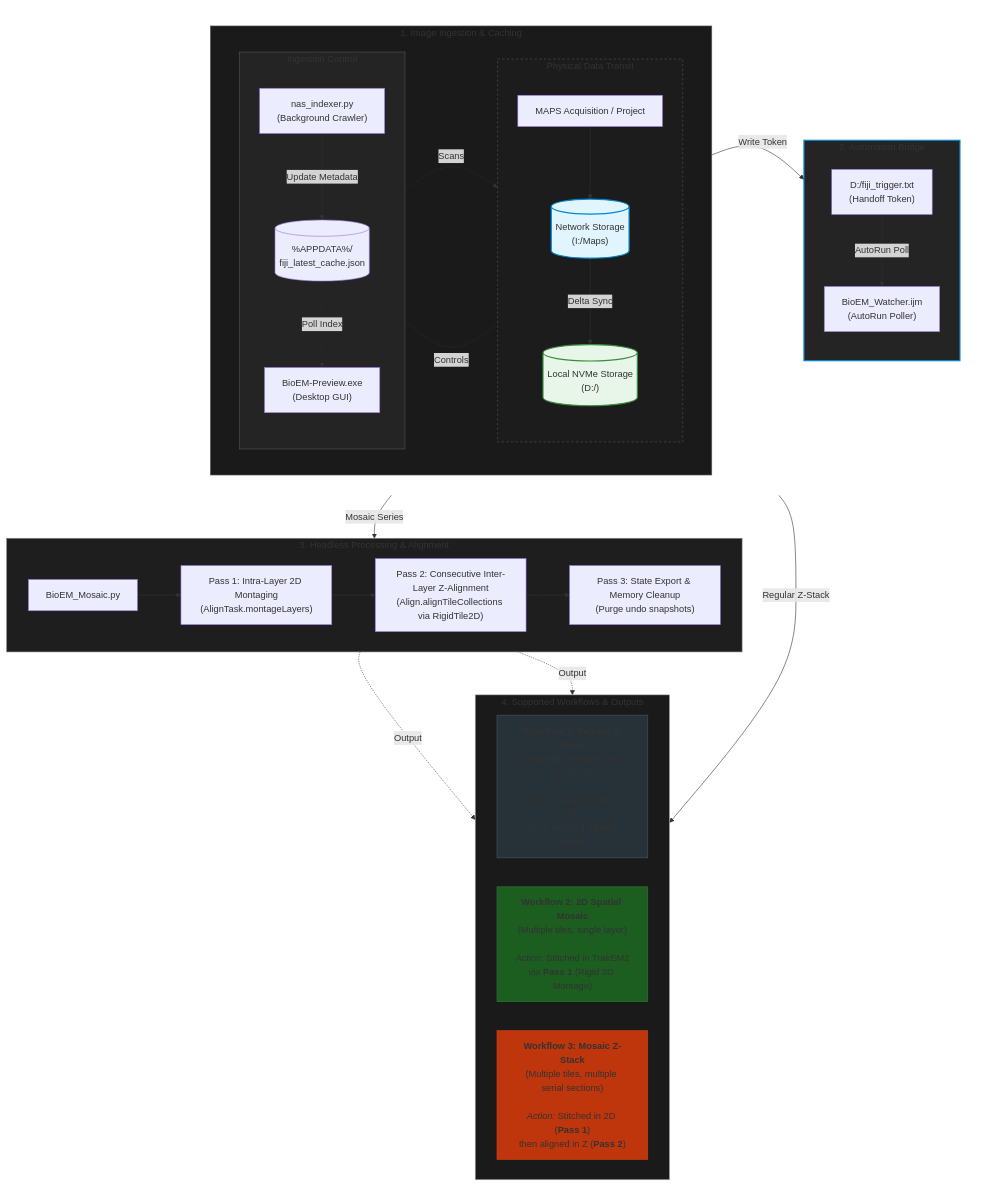
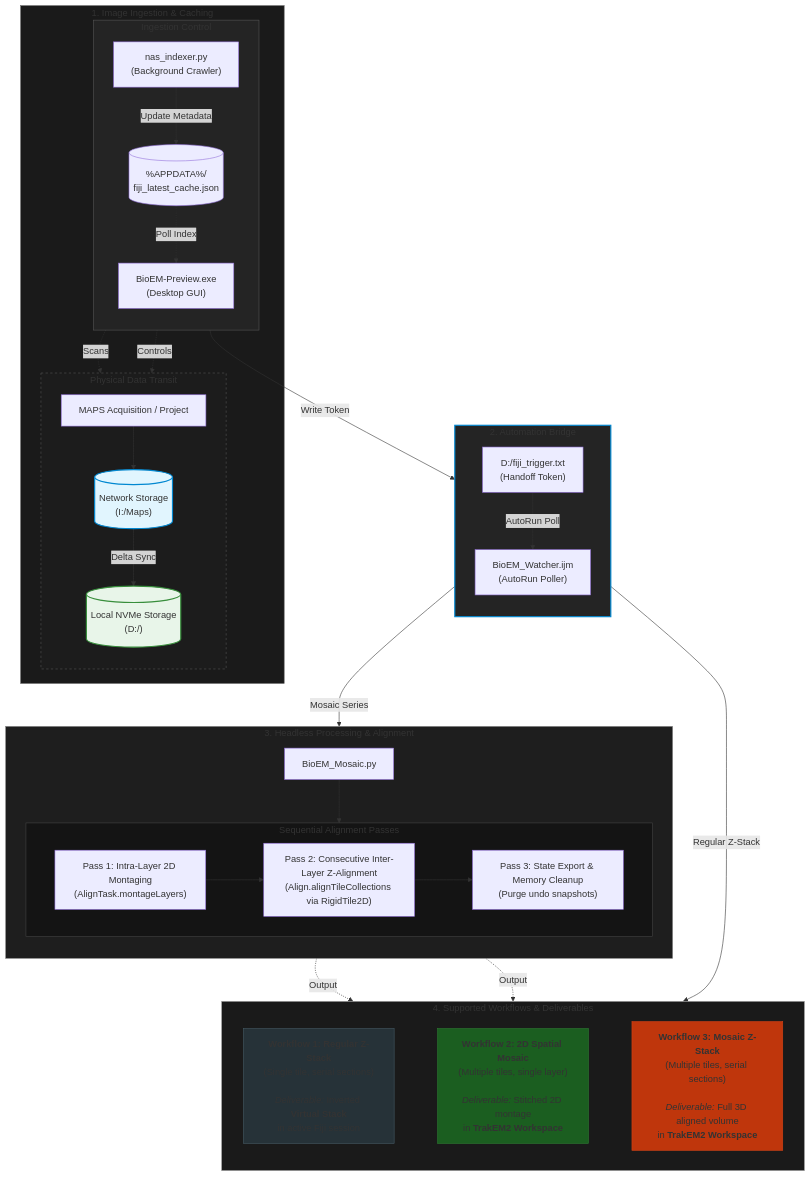
The diagram in README.md (leekslk/BioEM-Preview), drawn with Mermaid before and after one commit.

Commit message:
docs: reworked flowchart representing system architecture

````diff
--- a/README.md
+++ b/README.md
@@ -19,79 +19,87 @@
 ```mermaid
 flowchart TD
-    %% Top Row Container holding Stage 2 on the left and Stage 1 on the right
-    subgraph TopRow [" "]
-        direction LR
+    %% -------------------------------------------------------------
+    %% STAGE 1 & STAGE 2: TOP ROW
+    %% -------------------------------------------------------------
+    subgraph Stage1 [" 1. Image Ingestion & Caching "]
+        subgraph ControlPlane [" Ingestion Control "]
+            direction TB
+            Indexer["nas_indexer.py<br/>(Background Crawler)"]
+            Cache[("%APPDATA%/<br/>fiji_latest_cache.json")]
+            UI["BioEM-Preview.exe<br/>(Desktop GUI)"]
 
-        subgraph Stage2 [" 2. Automation Bridge "]
-            direction TB
-            Trig["D:/fiji_trigger.txt<br/>(Handoff Token)"]
-            Watcher["BioEM_Watcher.ijm<br/>(AutoRun Poller)"]
-
-            Trig -->|"AutoRun Poll"| Watcher
+            Indexer -->|"Update Metadata"| Cache
+            Cache -.->|"Poll Index"| UI
         end
 
-        subgraph Stage1 [" 1. Image Ingestion & Caching "]
-            direction LR
+        subgraph DataPlane [" Physical Data Transit "]
+            direction TB
+            EM["MAPS Acquisition / Project"]
+            NAS[("Network Storage<br/>(I:/Maps)")]
+            SSD[("Local NVMe Storage<br/>(D:/)")]
 
-            subgraph ControlPlane [" Ingestion Control "]
-                direction TB
-                Indexer["nas_indexer.py<br/>(Background Crawler)"]
-                Cache[("%APPDATA%/<br/>fiji_latest_cache.json")]
-                UI["BioEM-Preview.exe<br/>(Desktop GUI)"]
-
-                Indexer -->|"Update Metadata"| Cache
-                Cache -.->|"Poll Index"| UI
-            end
-
-            subgraph DataPlane [" Physical Data Transit "]
-                direction TB
-                EM["MAPS Acquisition / Project"]
-                NAS[("Network Storage<br/>(I:/Maps)")]
-                SSD[("Local NVMe Storage<br/>(D:/)")]
-
-                EM --> NAS
-                NAS -->|"Delta Sync"| SSD
-            end
-
-            %% Explicit rank constraints: lock sub-boxes to identical vertical levels
-            Indexer ~~~ EM
-            Indexer -.->|"Scans"| NAS
-            Cache ~~~ NAS
-            UI -.-|"Controls"| SSD
+            EM --> NAS
+            NAS -->|"Delta Sync"| SSD
         end
 
-        %% Link UI to Stage 2 and lock Stage 2's bottom to Stage 1's bottom
-        UI -->|"Write Token"| Trig
-        Watcher ~~~ UI
+        %% Cross-plane references
+        Indexer -.->|"Scans"| NAS
+        UI -.->|"Controls"| SSD
     end
 
-    %% Middle Engine Stage
-    subgraph Stage3 [" 3. Headless Processing & Alignment "]
-        direction LR
-        Script["BioEM_Mosaic.py"]
-        P1["Pass 1: Intra-Layer 2D Montaging<br/>(AlignTask.montageLayers)"]
-        P2["Pass 2: Consecutive Inter-Layer Z-Alignment<br/>(Align.alignTileCollections via RigidTile2D)"]
-        P3["Pass 3: State Export & Memory Cleanup<br/>(Purge undo snapshots)"]
+    subgraph Stage2 [" 2. Automation Bridge "]
+        direction TB
+        Trig["D:/fiji_trigger.txt<br/>(Handoff Token)"]
+        Watcher["BioEM_Watcher.ijm<br/>(AutoRun Poller)"]
 
-        Script --> P1 --> P2 --> P3
+        Trig -->|"AutoRun Poll"| Watcher
     end
 
-    %% Bottom Workflows Stage
-    subgraph Stage4 [" 4. Supported Workflows & Outputs "]
-        direction LR
-        WF1["<b>Workflow 1: Regular Z-Stack</b><br/>(Single tile, multiple serial sections)<br/><br/><i>Action:</i> Loaded directly in Fiji<br/>as an inverted <b>Virtual Stack</b>"]
-        WF2["<b>Workflow 2: 2D Spatial Mosaic</b><br/>(Multiple tiles, single layer)<br/><br/><i>Action:</i> Stitched in TrakEM2<br/>via <b>Pass 1</b> (Rigid 2D Montage)"]
-        WF3["<b>Workflow 3: Mosaic Z-Stack</b><br/>(Multiple tiles, multiple serial sections)<br/><br/><i>Action:</i> Stitched in 2D (<b>Pass 1</b>)<br/>then aligned in Z (<b>Pass 2</b>)"]
+    %% Direct bridge connection across the top tier
+    UI -->|"Write Token"| Trig
+
+    %% -------------------------------------------------------------
+    %% STAGE 3: HEADLESS TRAKEM2 PIPELINE
+    %% -------------------------------------------------------------
+    subgraph Stage3 [" 3. Headless Processing & Alignment "]
+        direction TB
+        Script["BioEM_Mosaic.py"]
+        
+        subgraph Passes [" Sequential Alignment Passes "]
+            direction LR
+            P1["Pass 1: Intra-Layer 2D Montaging<br/>(AlignTask.montageLayers)"]
+            P2["Pass 2: Consecutive Inter-Layer Z-Alignment<br/>(Align.alignTileCollections via RigidTile2D)"]
+            P3["Pass 3: State Export & Memory Cleanup<br/>(Purge undo snapshots)"]
+
+            P1 --> P2 --> P3
+        end
+
+        Script --> P1
     end
 
-    %% Inter-Stage Routing
+    %% Route to processing engine
+    Watcher -->|"Mosaic Series"| Script
+
+    %% -------------------------------------------------------------
+    %% STAGE 4: THREE TARGET DELIVERABLES
+    %% -------------------------------------------------------------
+    subgraph Stage4 [" 4. Supported Workflows & Deliverables "]
+        direction LR
+        WF1["<b>Workflow 1: Regular Z-Stack</b><br/>(Single tile, serial sections)<br/><br/><i>Deliverable:</i> Inverted <b>Virtual Stack</b><br/>in active Fiji session"]
+        WF2["<b>Workflow 2: 2D Spatial Mosaic</b><br/>(Multiple tiles, single layer)<br/><br/><i>Deliverable:</i> Stitched 2D montage<br/>in <b>TrakEM2 Workspace</b>"]
+        WF3["<b>Workflow 3: Mosaic Z-Stack</b><br/>(Multiple tiles, serial sections)<br/><br/><i>Deliverable:</i> Full 3D aligned volume<br/>in <b>TrakEM2 Workspace</b>"]
+
+        WF1 ~~~ WF2 ~~~ WF3
+    end
+
+    %% Downstream outputs
     Watcher -->|"Regular Z-Stack"| WF1
-    Watcher -->|"Mosaic Series"| Script
     P1 -.->|"Output"| WF2
     P3 -.->|"Output"| WF3
 
-    %% Styling
-    style TopRow fill:none,stroke:none
+    %% -------------------------------------------------------------
+    %% THEMING & STYLES
+    %% -------------------------------------------------------------
     style Stage1 fill:#1a1a1a,stroke:#666,stroke-width:1px
     style Stage2 fill:#242424,stroke:#0288d1,stroke-width:2px
     style ControlPlane fill:#242424,stroke:#555,stroke-width:1px
@@ -99,6 +107,7 @@
     style NAS fill:#e1f5fe,stroke:#0288d1,stroke-width:2px
     style SSD fill:#e8f5e9,stroke:#388e3c,stroke-width:2px
     style Stage3 fill:#1e1e1e,stroke:#888,stroke-width:1px
+    style Passes fill:#141414,stroke:#444,stroke-width:1px
     style Stage4 fill:#1a1a1a,stroke:#aaa,stroke-width:1px
     style WF1 fill:#263238,stroke:#455a64,stroke-width:1px
     style WF2 fill:#1b5e20,stroke:#2e7d32,stroke-width:1px
````
